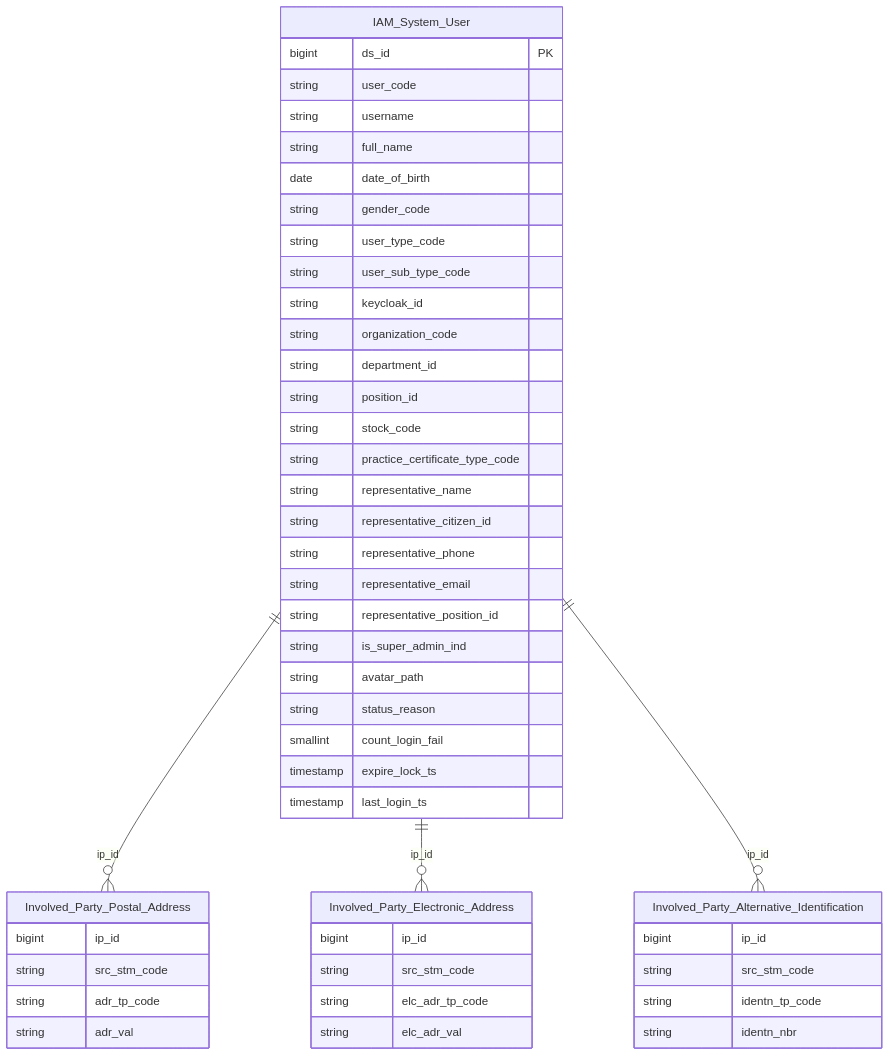
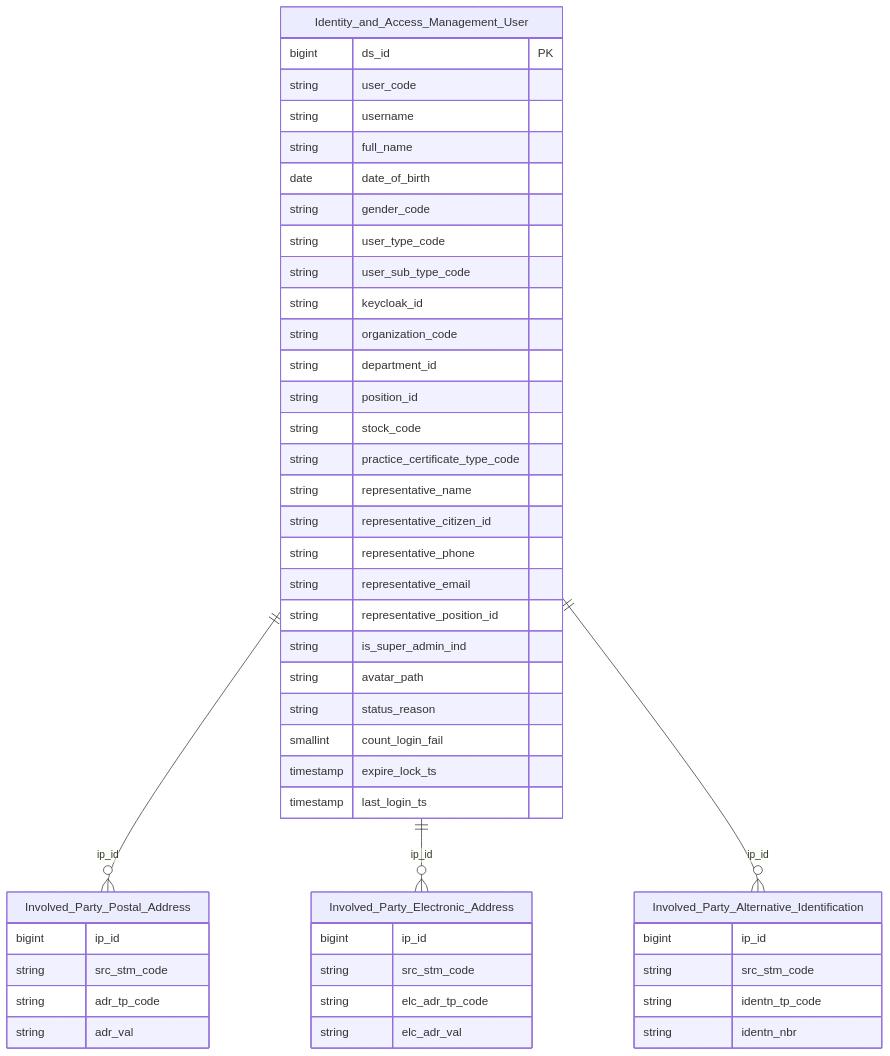
Before and after one commit to linhlvit/ubck_atomic_design: the second of 2 diagrams in DataModel/working/Atomic/hld/IAM_HLD_Overview.md, drawn with Mermaid. The commit also changed other lines of this file and 351 other files, not shown here.

````diff
--- a/DataModel/working/Atomic/hld/IAM_HLD_Overview.md
+++ b/DataModel/working/Atomic/hld/IAM_HLD_Overview.md
@@ -62,55 +65,55 @@
 ```mermaid
 erDiagram
-    IAM_System_User {
+    Identity_and_Access_Management_User {
         bigint ds_id PK
         string user_code
         string username
         string full_name
         date date_of_birth
         string gender_code
         string user_type_code
         string user_sub_type_code
         string keycloak_id
         string organization_code
         string department_id
         string position_id
         string stock_code
         string practice_certificate_type_code
         string representative_name
         string representative_citizen_id
         string representative_phone
         string representative_email
         string representative_position_id
         string is_super_admin_ind
         string avatar_path
         string status_reason
         smallint count_login_fail
         timestamp expire_lock_ts
         timestamp last_login_ts
     }
 
     Involved_Party_Postal_Address {
         bigint ip_id
         string src_stm_code
         string adr_tp_code
         string adr_val
     }
 
     Involved_Party_Electronic_Address {
         bigint ip_id
         string src_stm_code
         string elc_adr_tp_code
         string elc_adr_val
     }
 
     Involved_Party_Alternative_Identification {
         bigint ip_id
         string src_stm_code
         string identn_tp_code
         string identn_nbr
     }
 
-    IAM_System_User ||--o{ Involved_Party_Postal_Address : "ip_id"
-    IAM_System_User ||--o{ Involved_Party_Electronic_Address : "ip_id"
-    IAM_System_User ||--o{ Involved_Party_Alternative_Identification : "ip_id"
+    Identity_and_Access_Management_User ||--o{ Involved_Party_Postal_Address : "ip_id"
+    Identity_and_Access_Management_User ||--o{ Involved_Party_Electronic_Address : "ip_id"
+    Identity_and_Access_Management_User ||--o{ Involved_Party_Alternative_Identification : "ip_id"
 ```
````
